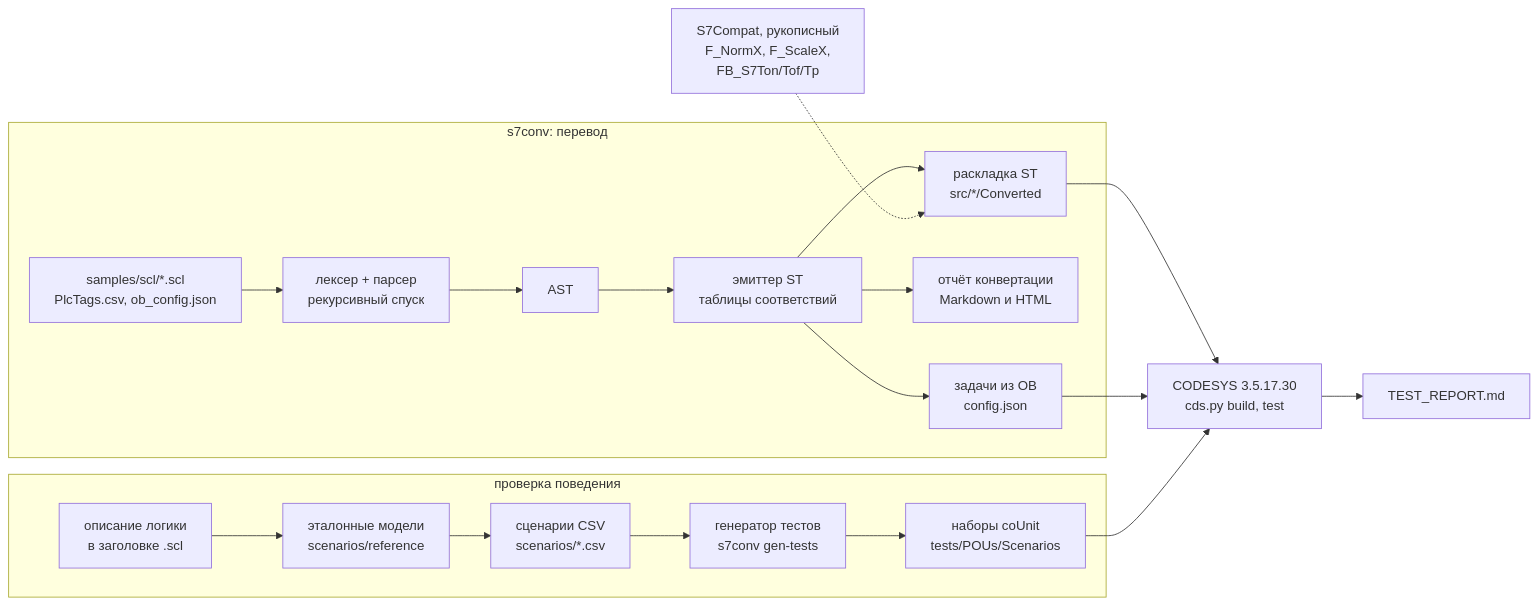
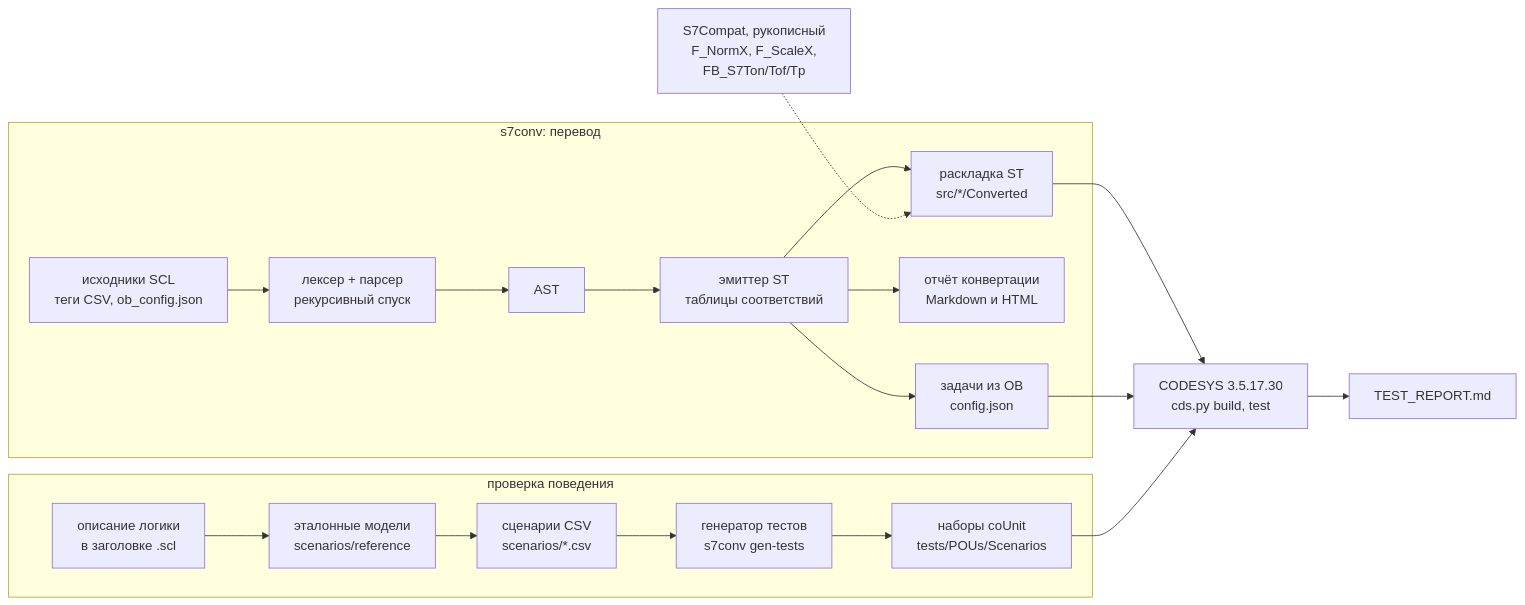
One commit to kr0nsch/s7-to-codesys changed the diagram in README.md. Above: the diagram before and after it, drawn with Mermaid. The commit also changed other lines of this file and 8 other files, not shown here.

````diff
--- a/README.md
+++ b/README.md
@@ -102,22 +305,22 @@
 ```mermaid
 flowchart LR
     subgraph conv["s7conv: перевод"]
-        scl["samples/scl/*.scl<br/>PlcTags.csv, ob_config.json"] --> parse["лексер + парсер<br/>рекурсивный спуск"]
+        scl["исходники SCL<br/>теги CSV, ob_config.json"] --> parse["лексер + парсер<br/>рекурсивный спуск"]
         parse --> ast["AST"]
         ast --> emit["эмиттер ST<br/>таблицы соответствий"]
         emit --> layout["раскладка ST<br/>src/*/Converted"]
         emit --> rep["отчёт конвертации<br/>Markdown и HTML"]
         emit --> tasks["задачи из OB<br/>config.json"]
     end
     subgraph beh["проверка поведения"]
         desc["описание логики<br/>в заголовке .scl"] --> models["эталонные модели<br/>scenarios/reference"]
         models --> csv["сценарии CSV<br/>scenarios/*.csv"]
         csv --> gen["генератор тестов<br/>s7conv gen-tests"]
         gen --> suites["наборы coUnit<br/>tests/POUs/Scenarios"]
     end
     compat["S7Compat, рукописный<br/>F_NormX, F_ScaleX,<br/>FB_S7Ton/Tof/Tp"] -.-> layout
     layout --> cds["CODESYS 3.5.17.30<br/>cds.py build, test"]
     tasks --> cds
     suites --> cds
     cds --> trep["TEST_REPORT.md"]
 ```
````
